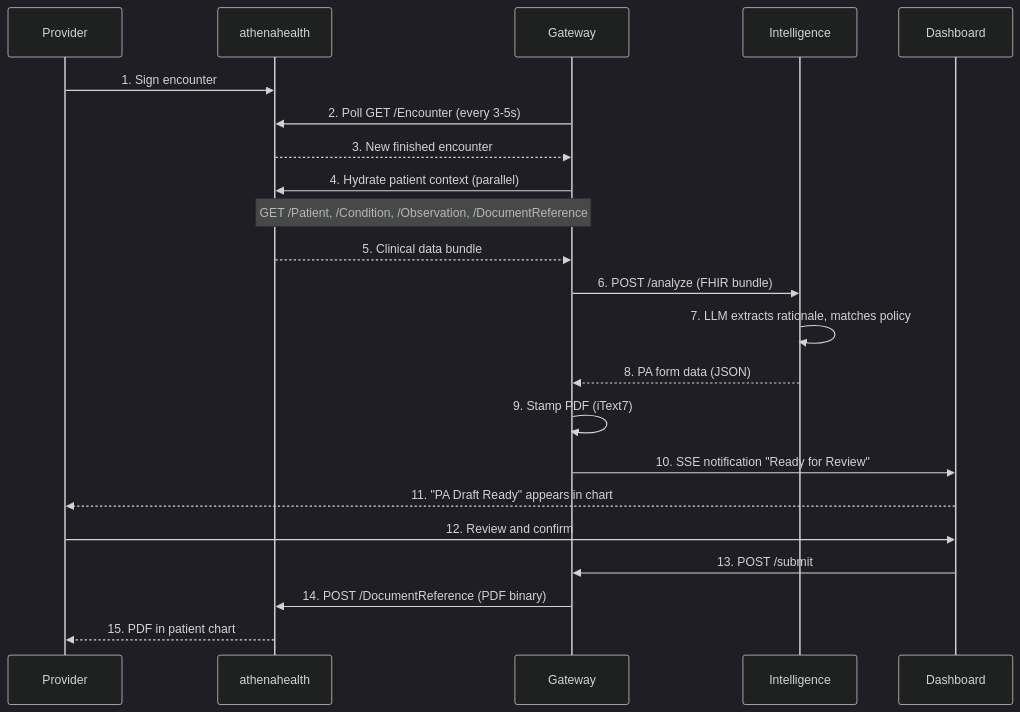
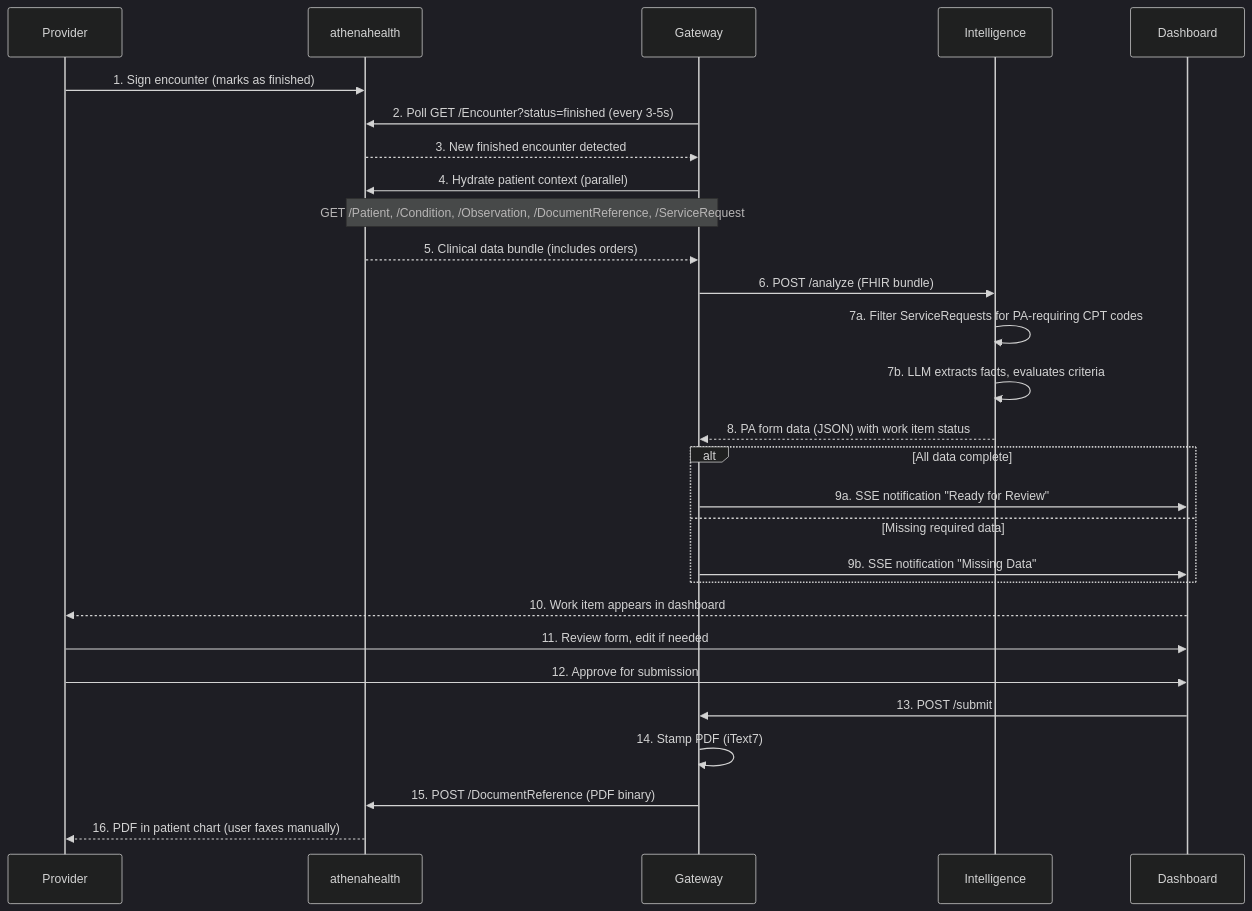
One commit to lvlup-sw/authscript changed the sixth of 7 diagrams in docs/designs/2026-01-29-athenahealth-pivot-mvp.md. Above: the diagram before and after it, drawn with Mermaid (dark theme). The commit also changed other lines of this file and 13 other files, not shown here.

First line of the commit message:
fix: remove redundant WorkItemId from RehydrateRequest

````diff
--- a/docs/designs/2026-01-29-athenahealth-pivot-mvp.md
+++ b/docs/designs/2026-01-29-athenahealth-pivot-mvp.md
@@ -576,25 +638,31 @@
 ```mermaid
 sequenceDiagram
     participant P as Provider
     participant A as athenahealth
     participant G as Gateway
     participant I as Intelligence
     participant D as Dashboard
 
-    P->>A: 1. Sign encounter
-    G->>A: 2. Poll GET /Encounter (every 3-5s)
-    A-->>G: 3. New finished encounter
+    P->>A: 1. Sign encounter (marks as finished)
+    G->>A: 2. Poll GET /Encounter?status=finished (every 3-5s)
+    A-->>G: 3. New finished encounter detected
     G->>A: 4. Hydrate patient context (parallel)
-    Note over G,A: GET /Patient, /Condition, /Observation, /DocumentReference
-    A-->>G: 5. Clinical data bundle
+    Note over G,A: GET /Patient, /Condition, /Observation, /DocumentReference, /ServiceRequest
+    A-->>G: 5. Clinical data bundle (includes orders)
     G->>I: 6. POST /analyze (FHIR bundle)
-    I->>I: 7. LLM extracts rationale, matches policy
-    I-->>G: 8. PA form data (JSON)
-    G->>G: 9. Stamp PDF (iText7)
-    G->>D: 10. SSE notification "Ready for Review"
-    D-->>P: 11. "PA Draft Ready" appears in chart
-    P->>D: 12. Review and confirm
+    I->>I: 7a. Filter ServiceRequests for PA-requiring CPT codes
+    I->>I: 7b. LLM extracts facts, evaluates criteria
+    I-->>G: 8. PA form data (JSON) with work item status
+    alt All data complete
+        G->>D: 9a. SSE notification "Ready for Review"
+    else Missing required data
+        G->>D: 9b. SSE notification "Missing Data"
+    end
+    D-->>P: 10. Work item appears in dashboard
+    P->>D: 11. Review form, edit if needed
+    P->>D: 12. Approve for submission
     D->>G: 13. POST /submit
-    G->>A: 14. POST /DocumentReference (PDF binary)
-    A-->>P: 15. PDF in patient chart
+    G->>G: 14. Stamp PDF (iText7)
+    G->>A: 15. POST /DocumentReference (PDF binary)
+    A-->>P: 16. PDF in patient chart (user faxes manually)
 ```
````
